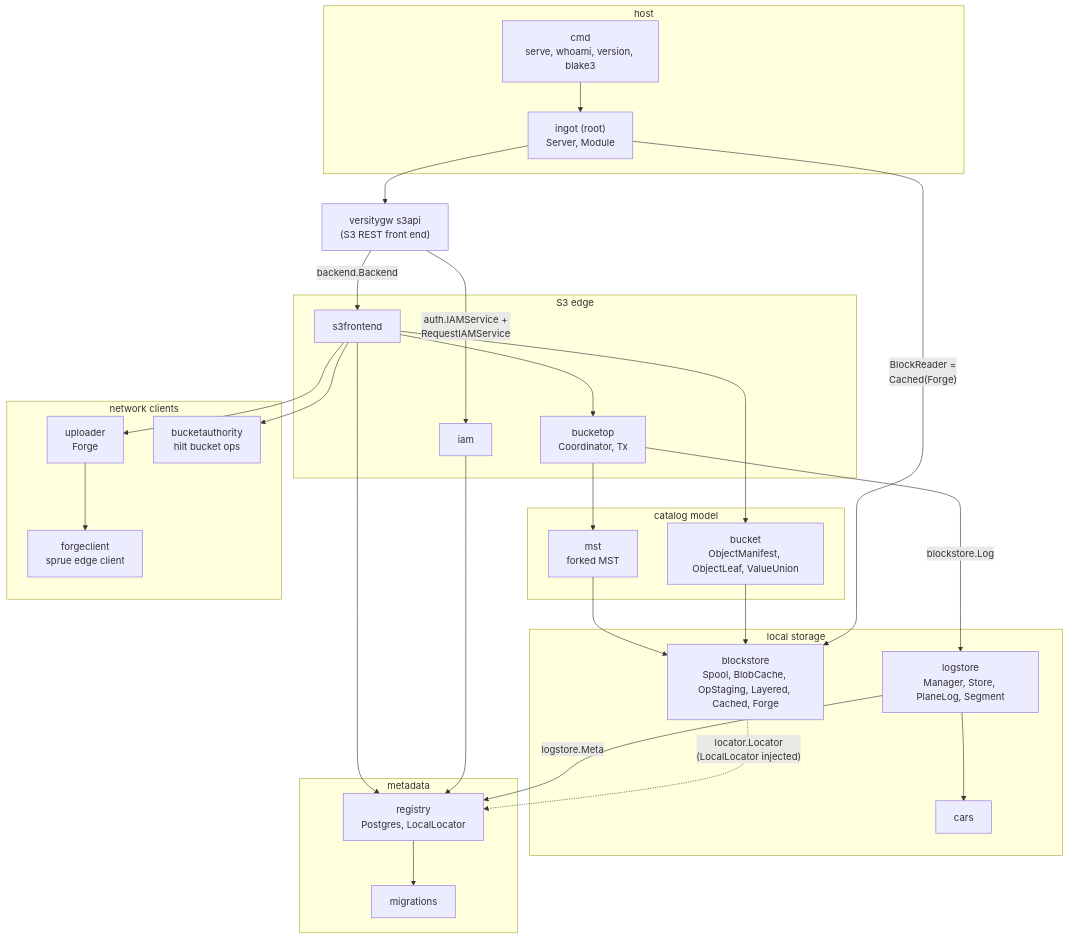
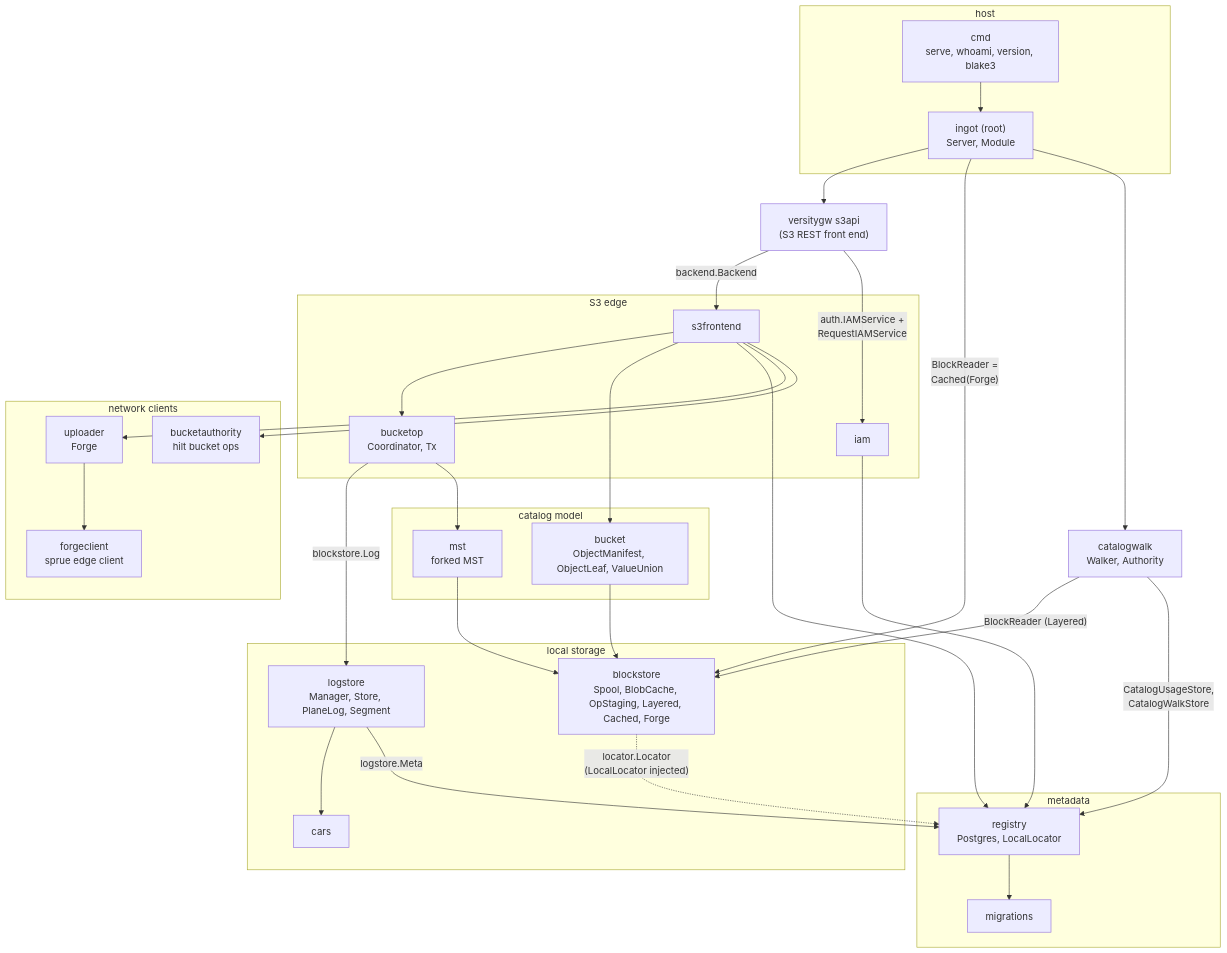
One commit to fil-forge/ingot changed the second of 14 diagrams in docs/diagrams.md. Above: the diagram before and after it, drawn with Mermaid. The commit also changed other lines of this file and 30 other files, not shown here.

````diff
--- a/docs/diagrams.md
+++ b/docs/diagrams.md
@@ -92,58 +92,63 @@
 ```mermaid
 flowchart TB
     vgw["versitygw s3api<br/>(S3 REST front end)"]
 
     subgraph edge["S3 edge"]
         s3f["s3frontend"]
         iam["iam"]
         bop["bucketop<br/>Coordinator, Tx"]
     end
 
     subgraph model["catalog model"]
         bkt["bucket<br/>ObjectManifest, ObjectLeaf, ValueUnion"]
         mst["mst<br/>forked MST"]
     end
 
     subgraph store["local storage"]
         bs["blockstore<br/>Spool, BlobCache, OpStaging, Layered, Cached, Forge"]
         ls["logstore<br/>Manager, Store, PlaneLog, Segment"]
         cars["cars"]
     end
 
     subgraph meta["metadata"]
         reg["registry<br/>Postgres, LocalLocator"]
         mig["migrations"]
     end
 
     subgraph net["network clients"]
         up["uploader<br/>Forge"]
         fc["forgeclient<br/>sprue edge client"]
         ba["bucketauthority<br/>hilt bucket ops"]
     end
 
     subgraph host["host"]
         root["ingot (root)<br/>Server, Module"]
         cmd["cmd<br/>serve, whoami, version, blake3"]
     end
 
+    cw["catalogwalk<br/>Walker, Authority"]
+
     vgw -->|"backend.Backend"| s3f
     vgw -->|"auth.IAMService +<br/>RequestIAMService"| iam
     s3f --> bop
     s3f --> bkt
     s3f --> reg
     s3f --> up
     s3f --> ba
     bop -->|"blockstore.Log"| ls
     bop --> mst
     mst --> bs
     bkt --> bs
     ls --> cars
     ls -->|"logstore.Meta"| reg
     bs -.->|"locator.Locator<br/>(LocalLocator injected)"| reg
     up --> fc
     iam --> reg
     reg --> mig
     cmd --> root
     root --> vgw
     root -->|"BlockReader =<br/>Cached(Forge)"| bs
+    root --> cw
+    cw -->|"BlockReader (Layered)"| bs
+    cw -->|"CatalogUsageStore,<br/>CatalogWalkStore"| reg
 ```
````
